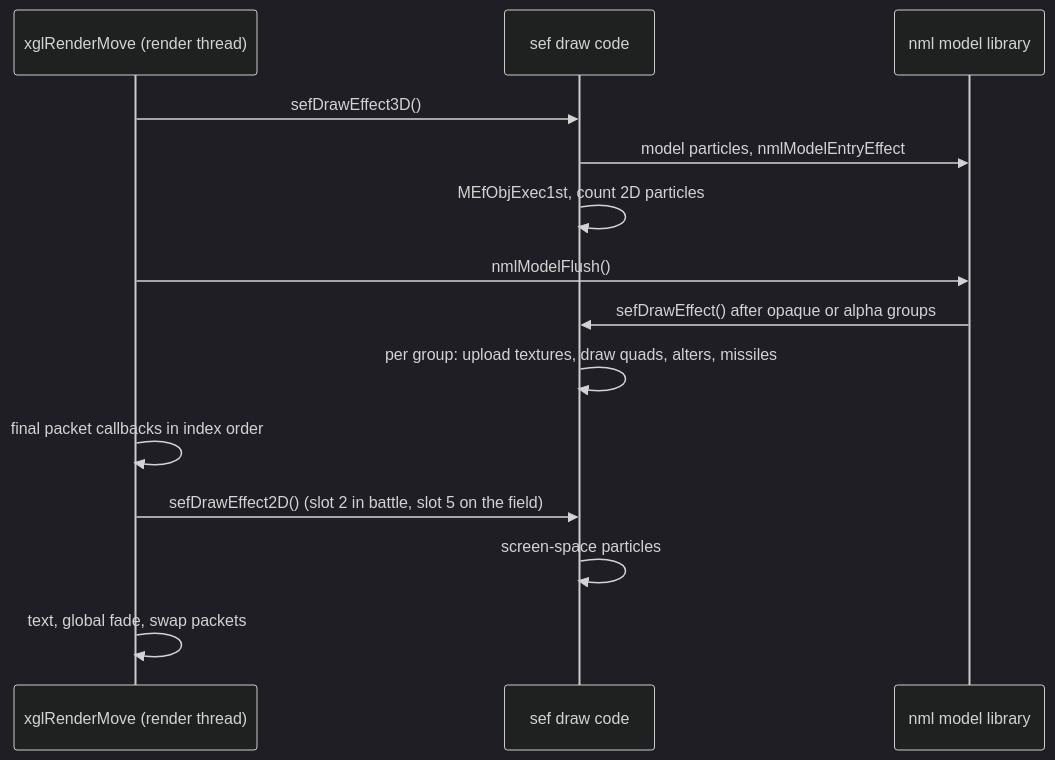
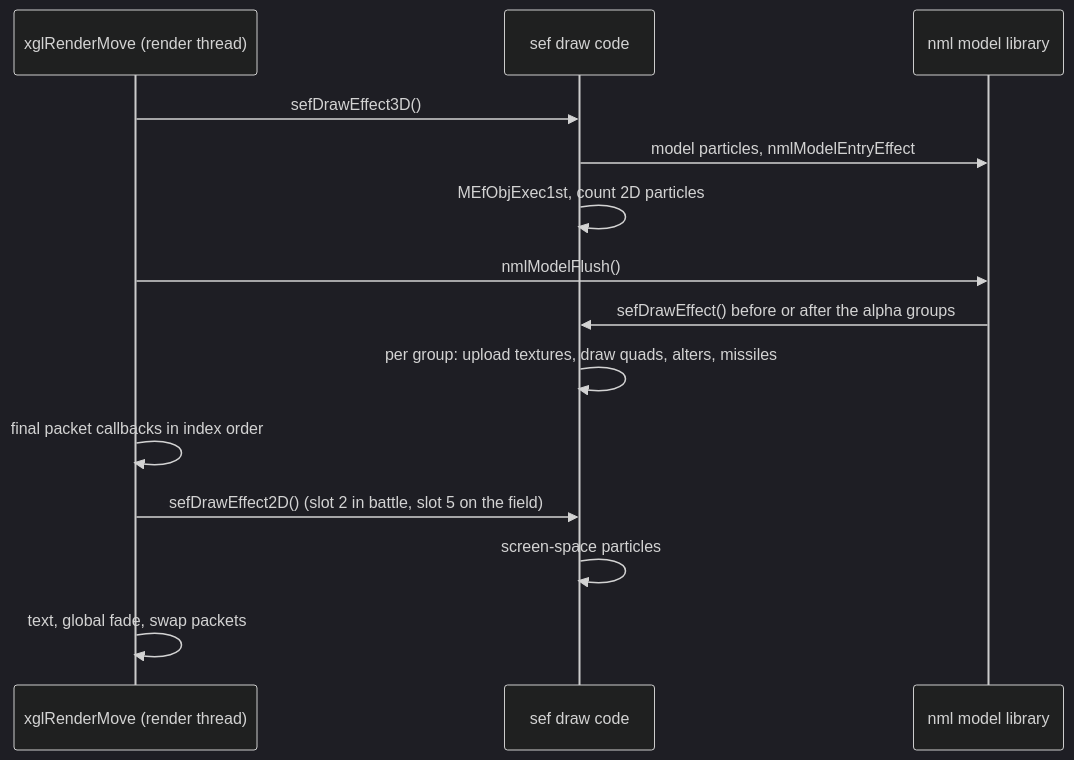
Before and after one commit to OpokXeno/xsg-i-decomp: the ninth of 11 diagrams in documentation/libraries/sef.md, drawn with Mermaid (dark theme). The commit also changed other lines of this file and 41 other files, not shown here.

````diff
--- a/documentation/libraries/sef.md
+++ b/documentation/libraries/sef.md
@@ -975,16 +981,16 @@
 ```mermaid
 sequenceDiagram
     participant R as xglRenderMove (render thread)
     participant E as sef draw code
     participant N as nml model library
     R->>E: sefDrawEffect3D()
     E->>N: model particles, nmlModelEntryEffect
     E->>E: MEfObjExec1st, count 2D particles
     R->>N: nmlModelFlush()
-    N->>E: sefDrawEffect() after opaque or alpha groups
+    N->>E: sefDrawEffect() before or after the alpha groups
     E->>E: per group: upload textures, draw quads, alters, missiles
     R->>R: final packet callbacks in index order
     R->>E: sefDrawEffect2D() (slot 2 in battle, slot 5 on the field)
     E->>E: screen-space particles
     R->>R: text, global fade, swap packets
 ```
````
